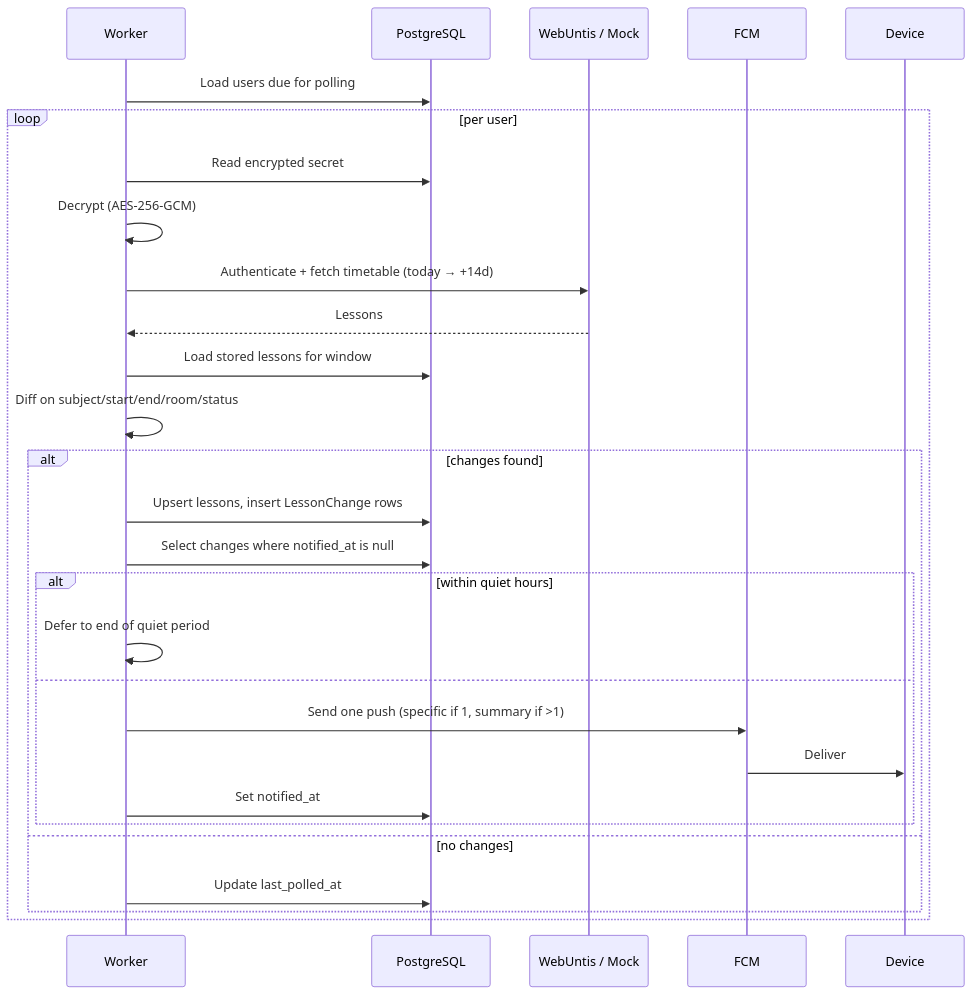
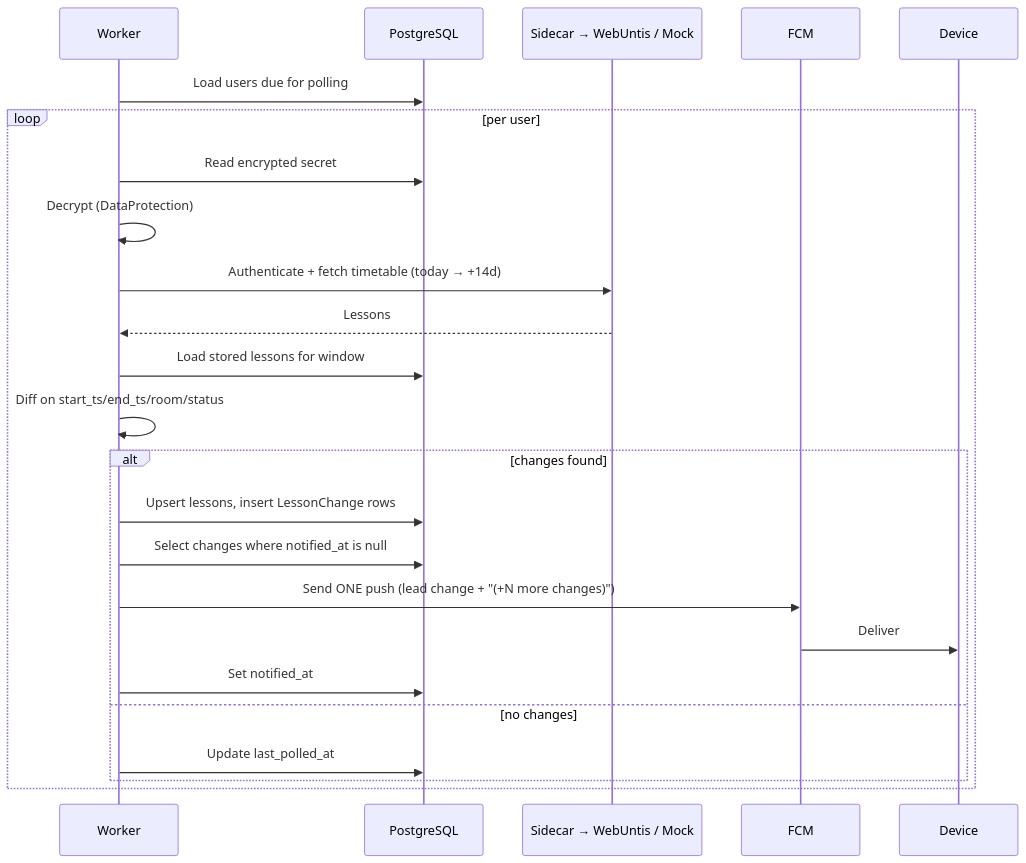
One commit to nbence-dev/TimeForYou changed the fourth of 5 diagrams in PROJECT-BRIEF.md. Above: the diagram before and after it, drawn with Mermaid. The commit also changed other lines of this file and 4 other files, not shown here.

````diff
--- a/PROJECT-BRIEF.md
+++ b/PROJECT-BRIEF.md
@@ -698,31 +755,27 @@
 ```mermaid
 sequenceDiagram
     participant W as Worker
     participant DB as PostgreSQL
-    participant U as WebUntis / Mock
+    participant U as Sidecar → WebUntis / Mock
     participant F as FCM
     participant D as Device
 
     W->>DB: Load users due for polling
     loop per user
         W->>DB: Read encrypted secret
-        W->>W: Decrypt (AES-256-GCM)
+        W->>W: Decrypt (DataProtection)
         W->>U: Authenticate + fetch timetable (today → +14d)
         U-->>W: Lessons
         W->>DB: Load stored lessons for window
-        W->>W: Diff on subject/start/end/room/status
+        W->>W: Diff on start_ts/end_ts/room/status
         alt changes found
             W->>DB: Upsert lessons, insert LessonChange rows
             W->>DB: Select changes where notified_at is null
-            alt within quiet hours
-                W->>W: Defer to end of quiet period
-            else
-                W->>F: Send one push (specific if 1, summary if >1)
-                F->>D: Deliver
-                W->>DB: Set notified_at
-            end
+            W->>F: Send ONE push (lead change + "(+N more changes)")
+            F->>D: Deliver
+            W->>DB: Set notified_at
         else no changes
             W->>DB: Update last_polled_at
         end
     end
 ```
````
